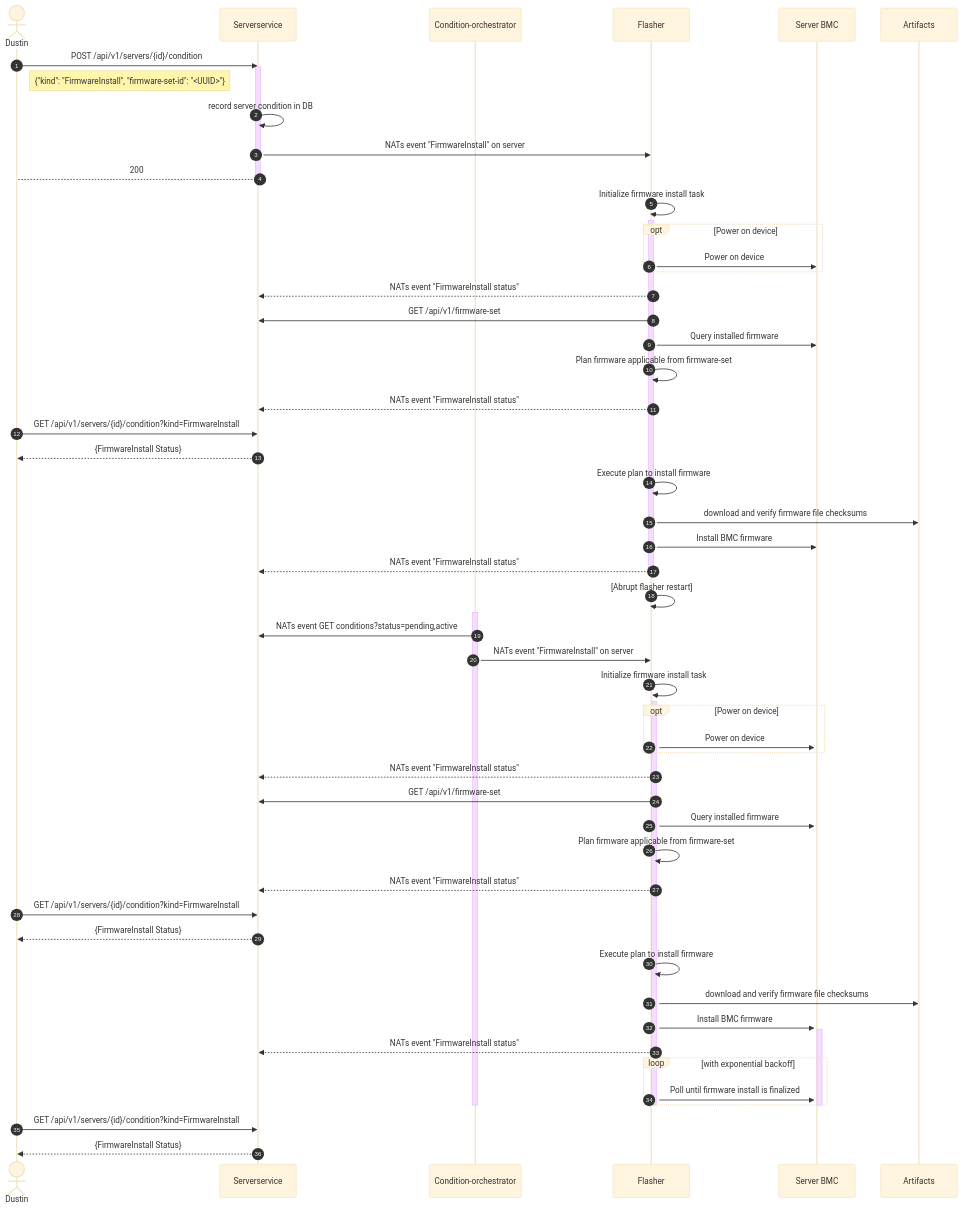
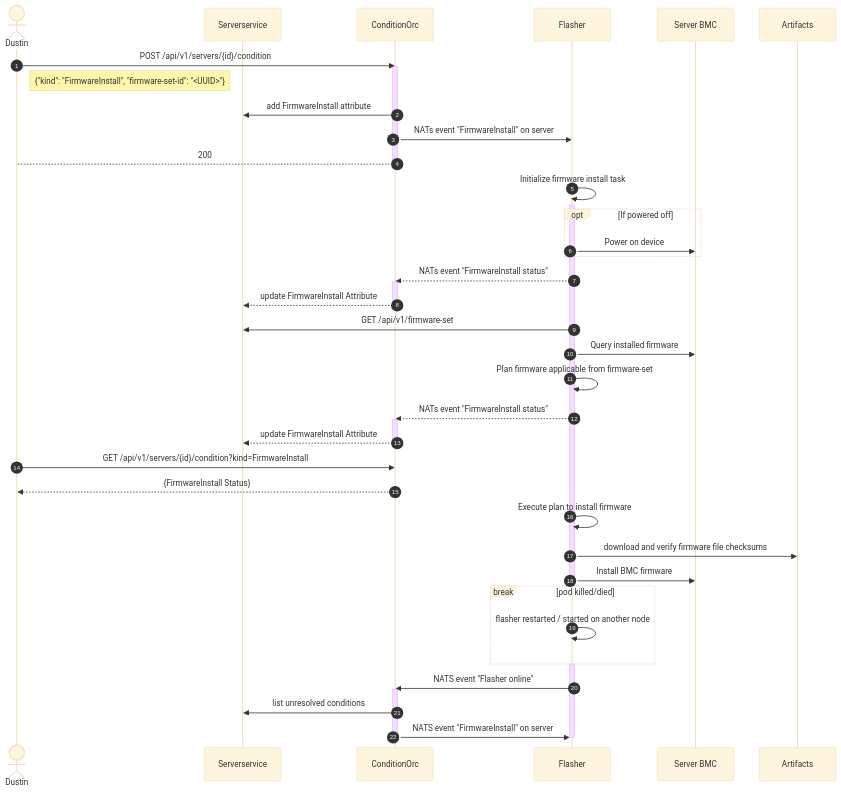
The third of 3 diagrams in firmware-install-service.md (metal-toolbox/architecture), drawn with Mermaid (base theme) before and after one commit. The commit also changed other lines of this file, not shown here.

Commit message:
firmware-install-service: update diagrams and notes based on feedback

````diff
--- a/firmware-install-service.md
+++ b/firmware-install-service.md
@@ -259,81 +282,55 @@
 
     %% >>>>>>>>>> participants
     participant Serverservice
-    participant Condition-orchestrator
+    participant ConditionOrc
     participant Flasher
     participant Server BMC
     participant Artifacts
 
-
     %% >>>>>>>>>> interaction
-
-    Dustin->>Serverservice: POST /api/v1/servers/{id}/condition
-    activate Serverservice
+    Dustin->>ConditionOrc: POST /api/v1/servers/{id}/condition
+    activate ConditionOrc
     Note right of Dustin: {"kind": "FirmwareInstall", "firmware-set-id": "<UUID>"}
-    Serverservice->>Serverservice: record server condition in DB
-    Serverservice->>Flasher: NATs event "FirmwareInstall" on server
-    Serverservice-->Dustin:  200
-
-
-    deactivate Serverservice
+    ConditionOrc->>Serverservice: add FirmwareInstall attribute
+    ConditionOrc->>Flasher: NATs event "FirmwareInstall" on server
+    ConditionOrc-->Dustin:  200
+    deactivate ConditionOrc
 
     %% >>>>>>>>>> flasher work begins
     Flasher->>Flasher: Initialize firmware install task
     activate Flasher
-    opt Power on device
+    opt If powered off
       Flasher->>Server BMC: Power on device
     end
-    Flasher-->>Serverservice: NATs event "FirmwareInstall status"
+    Flasher-->>ConditionOrc: NATs event "FirmwareInstall status"
+    activate ConditionOrc
+      ConditionOrc-->>Serverservice: update FirmwareInstall Attribute
+    deactivate ConditionOrc
     Flasher->>Serverservice: GET /api/v1/firmware-set
 
     %% >>>>>>>>>> flasher installs BMC firmware
     Flasher->>Server BMC: Query installed firmware
     Flasher->>Flasher: Plan firmware applicable from firmware-set
-    Flasher-->>Serverservice: NATs event "FirmwareInstall status"
-    Dustin->>Serverservice: GET /api/v1/servers/{id}/condition?kind=FirmwareInstall
-    Serverservice-->>Dustin: {FirmwareInstall Status}
+    Flasher-->>ConditionOrc: NATs event "FirmwareInstall status"
+    activate ConditionOrc
+      ConditionOrc-->>Serverservice: update FirmwareInstall Attribute
+    deactivate ConditionOrc
+    Dustin->>ConditionOrc: GET /api/v1/servers/{id}/condition?kind=FirmwareInstall
+    ConditionOrc-->>Dustin: {FirmwareInstall Status}
     Flasher->>Flasher: Execute plan to install firmware
     Flasher->>Artifacts: download and verify firmware file checksums
     Flasher->>Server BMC: Install BMC firmware
-    activate Server BMC
-    Flasher-->>Serverservice: NATs event "FirmwareInstall status"
-
+    deactivate Flasher
+    break pod killed/died
+        Flasher->>Flasher: flasher restarted / started on another node
+    end
+    activate Flasher
+    Flasher->>ConditionOrc: NATS event "Flasher online"
+    activate ConditionOrc
+    ConditionOrc->>Serverservice: list unresolved conditions
+    ConditionOrc->>Flasher: NATS event "FirmwareInstall" on server
+    deactivate ConditionOrc
     deactivate Flasher
 
-   Flasher->>Flasher: [Abrupt flasher restart]
 
-  activate Condition-orchestrator
-   Condition-orchestrator->>Serverservice: NATs event GET conditions?status=pending,active
-   Condition-orchestrator->>Flasher: NATs event "FirmwareInstall" on server
-   activate Flasher
-   %% >>>>>>>>>>> To be tested
-       %% >>>>>>>>>> flasher work begins
-    Flasher->>Flasher: Initialize firmware install task
-    activate Flasher
-    opt Power on device
-      Flasher->>Server BMC: Power on device
-    end
-    Flasher-->>Serverservice: NATs event "FirmwareInstall status"
-    Flasher->>Serverservice: GET /api/v1/firmware-set
-
-    %% >>>>>>>>>> flasher installs BMC firmware
-    Flasher->>Server BMC: Query installed firmware
-    Flasher->>Flasher: Plan firmware applicable from firmware-set
-    Flasher-->>Serverservice: NATs event "FirmwareInstall status"
-    Dustin->>Serverservice: GET /api/v1/servers/{id}/condition?kind=FirmwareInstall
-    Serverservice-->>Dustin: {FirmwareInstall Status}
-    Flasher->>Flasher: Execute plan to install firmware
-    Flasher->>Artifacts: download and verify firmware file checksums
-    Flasher->>Server BMC: Install BMC firmware
-    activate Server BMC
-    Flasher-->>Serverservice: NATs event "FirmwareInstall status"
-    loop with exponential backoff
-      Flasher->>Server BMC: Poll until firmware install is finalized
-    end
-
-   deactivate Flasher
-   deactivate Server BMC
-   deactivate Condition-orchestrator
-   Dustin->>Serverservice: GET /api/v1/servers/{id}/condition?kind=FirmwareInstall
-   Serverservice-->>Dustin: {FirmwareInstall Status}
 ```
````
